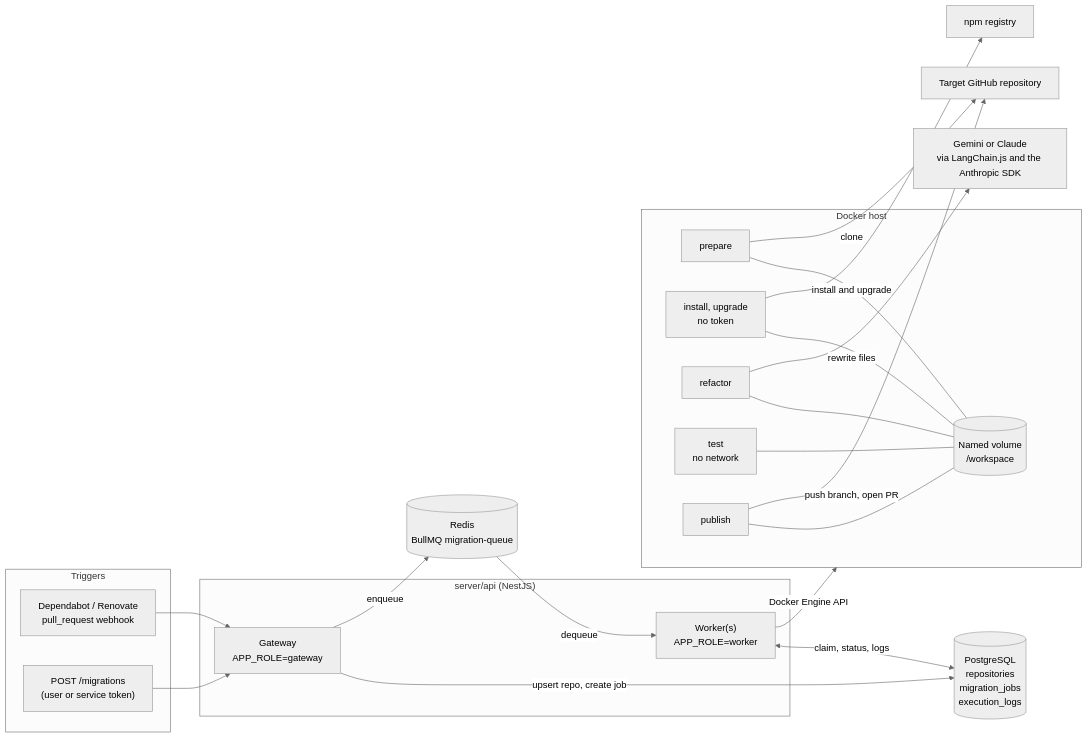
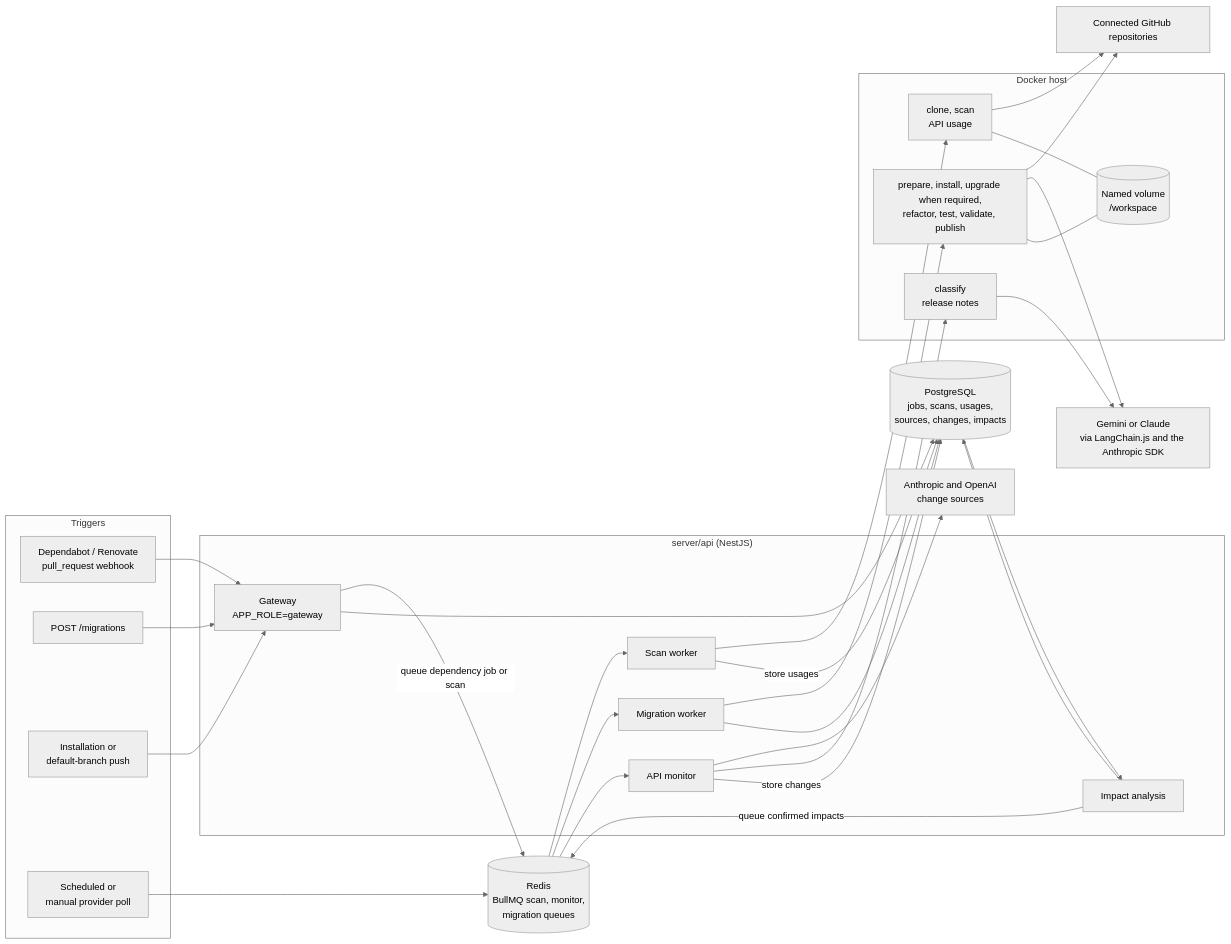
Before and after one commit to kiet08hogit/SyncLab: the first of 7 diagrams in README.md, drawn with Mermaid (neutral theme). The commit also changed other lines of this file and 8 other files, not shown here.

````diff
--- a/README.md
+++ b/README.md
@@ -47,41 +53,57 @@
 ```mermaid
 flowchart LR
     subgraph Triggers
         GH["Dependabot / Renovate<br/>pull_request webhook"]
-        API["POST /migrations<br/>(user or service token)"]
+        API["POST /migrations"]
+        PUSH["Installation or<br/>default-branch push"]
+        POLL["Scheduled or<br/>manual provider poll"]
     end
 
     subgraph Server["server/api (NestJS)"]
         GW["Gateway<br/>APP_ROLE=gateway"]
-        WK["Worker(s)<br/>APP_ROLE=worker"]
+        SC["Scan worker"]
+        MON["API monitor"]
+        IMP["Impact analysis"]
+        WK["Migration worker"]
     end
 
-    PG[("PostgreSQL<br/>repositories<br/>migration_jobs<br/>execution_logs")]
-    RD[("Redis<br/>BullMQ migration-queue")]
+    PG[("PostgreSQL<br/>jobs, scans, usages,<br/>sources, changes, impacts")]
+    RD[("Redis<br/>BullMQ scan, monitor,<br/>migration queues")]
 
     subgraph Docker["Docker host"]
         VOL[("Named volume<br/>/workspace")]
-        P["prepare"]
-        I["install, upgrade<br/>no token"]
-        R["refactor"]
-        T["test<br/>no network"]
-        PB["publish"]
+        S["clone, scan<br/>API usage"]
+        C["classify<br/>release notes"]
+        M["prepare, install, upgrade when required,<br/>refactor, test, validate, publish"]
     end
 
     LLM["Gemini or Claude<br/>via LangChain.js and the Anthropic SDK"]
-    NPM["npm registry"]
-    REPO["Target GitHub repository"]
+    SOURCES["Anthropic and OpenAI<br/>change sources"]
+    REPO["Connected GitHub repositories"]
 
     GH --> GW
     API --> GW
-    GW -->|"upsert repo, create job"| PG
-    GW -->|"enqueue"| RD
-    RD -->|"dequeue"| WK
-    WK <-->|"claim, status, logs"| PG
-    WK -->|"Docker Engine API"| Docker
-    P & I & R & T & PB --- VOL
-    P -->|"clone"| REPO
-    I -->|"install and upgrade"| NPM
-    R -->|"rewrite files"| LLM
-    PB -->|"push branch, open PR"| REPO
+    PUSH --> GW
+    POLL --> RD
+    GW -->|"queue dependency job or scan"| RD
+    RD --> SC
+    RD --> WK
+    RD --> MON
+    SC --> S
+    S --> REPO
+    SC -->|"store usages"| PG
+    MON --> SOURCES
+    MON --> C
+    C --> LLM
+    MON -->|"store changes"| PG
+    PG --> IMP
+    IMP -->|"queue confirmed impacts"| RD
+    IMP --> PG
+    WK --> M
+    M --> REPO
+    M --> LLM
+    S --- VOL
+    M --- VOL
+    GW --> PG
+    WK --> PG
 ```
````
